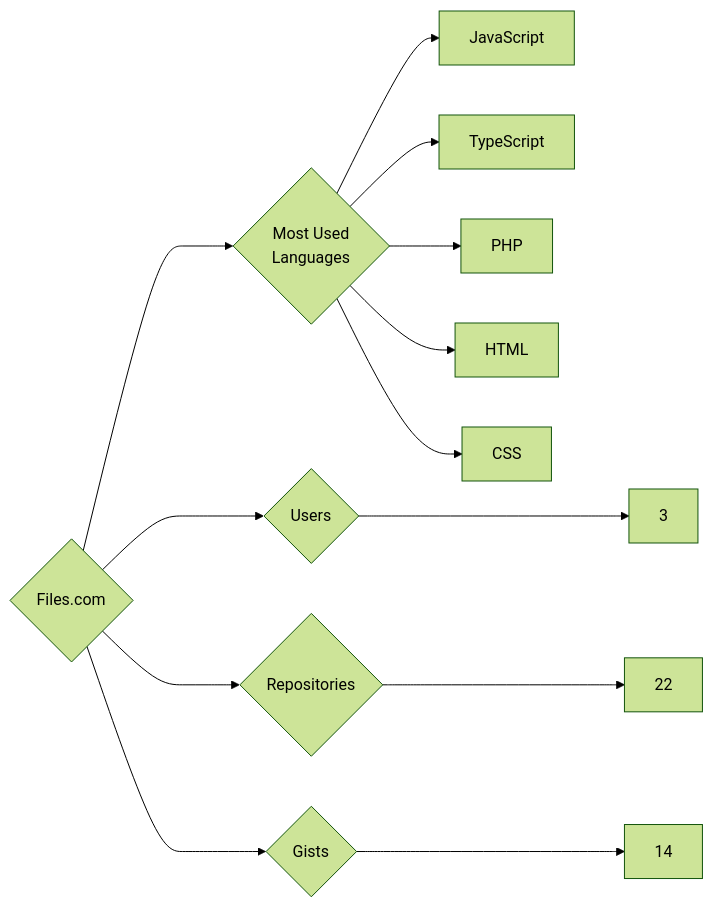
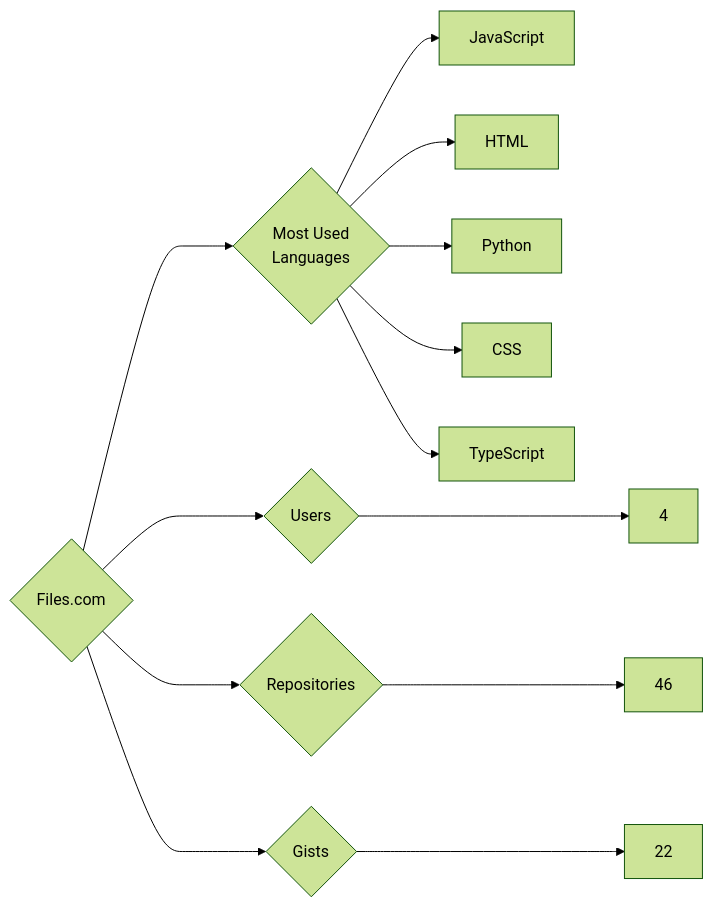
Before and after one commit to trickest/insiders: the diagram in targets/Files.com/README.md, drawn with Mermaid (forest theme). The commit also changed 752 other files, not shown here.

````diff
--- a/targets/Files.com/README.md
+++ b/targets/Files.com/README.md
@@ -3,13 +3,13 @@
 ```mermaid
 graph LR
 COMPANY_NAME{Files.com}
-COMPANY_NAME ---> U{Users} ---> UN[3]
-COMPANY_NAME ---> R{Repositories} ---> RN[22]
-COMPANY_NAME ---> G{Gists} ---> GN[14]
+COMPANY_NAME ---> U{Users} ---> UN[4]
+COMPANY_NAME ---> R{Repositories} ---> RN[46]
+COMPANY_NAME ---> G{Gists} ---> GN[22]
 COMPANY_NAME ---> ML{Most Used<br>Languages}
 ML --> JavaScript[JavaScript]
+ML --> HTML[HTML]
+ML --> Python[Python]
+ML --> CSS[CSS]
 ML --> TypeScript[TypeScript]
-ML --> PHP[PHP]
-ML --> HTML[HTML]
-ML --> CSS[CSS]
 ```
````
